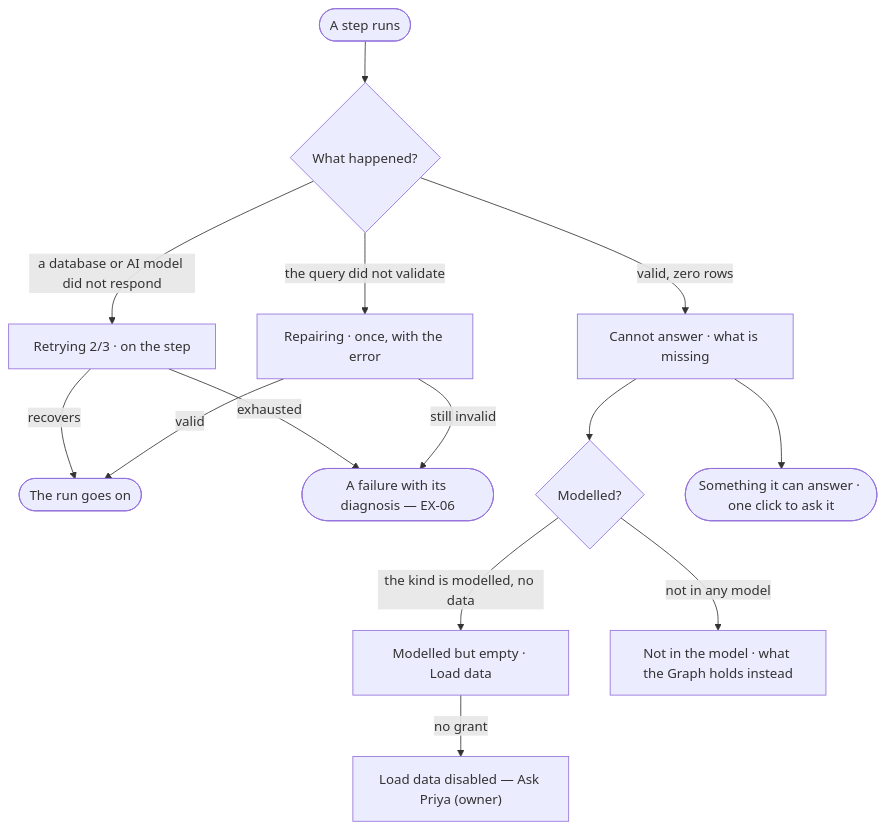
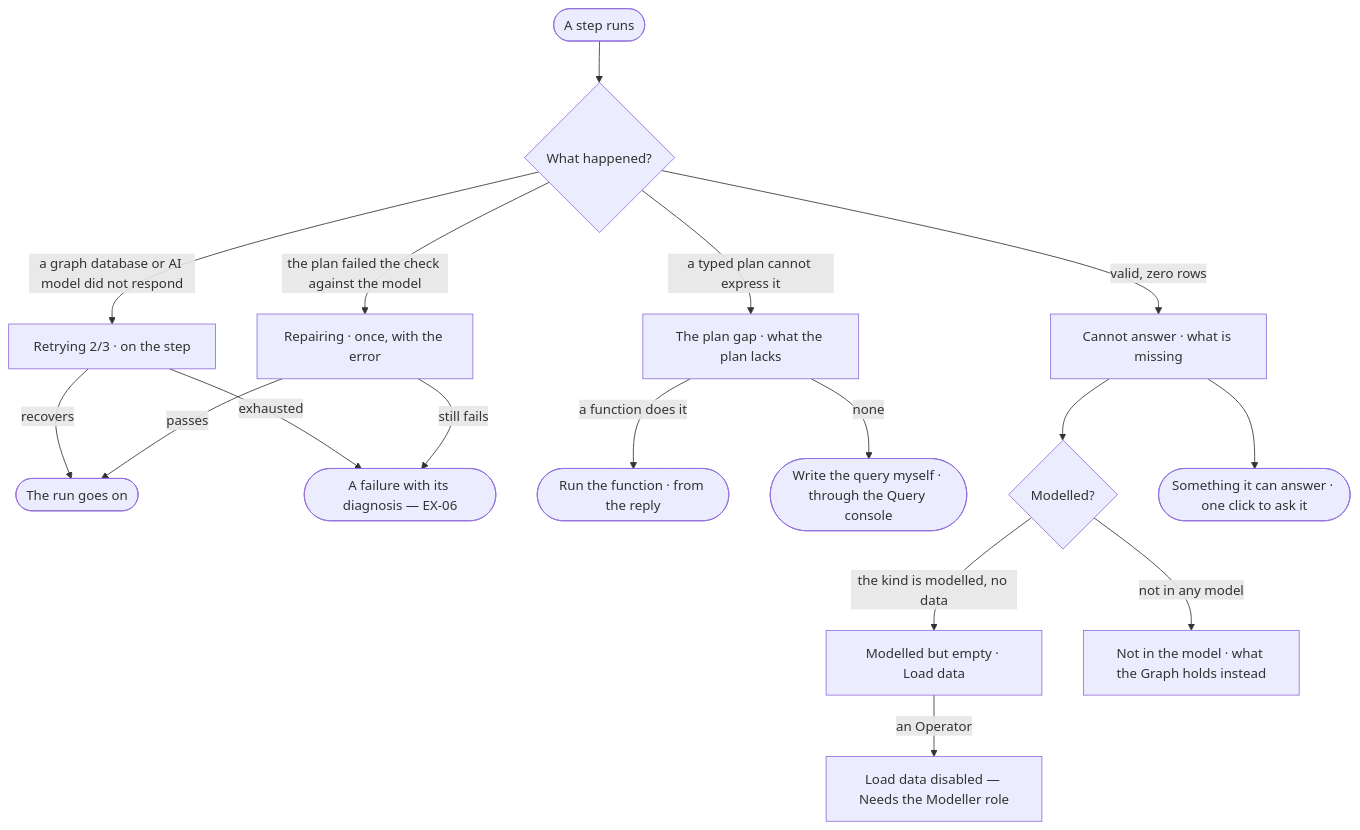
The diagram in specs/capabilities/explore/features/EX-F05-when-it-cannot-answer-and-how-it-reasons/stories/EX-05-be-told-when-the-graph-cannot-answer/story.md (invana/invana), drawn with Mermaid before and after one commit. The commit also changed other lines of this file and 522 other files, not shown here.

````diff
--- a/specs/capabilities/explore/features/EX-F05-when-it-cannot-answer-and-how-it-reasons/stories/EX-05-be-told-when-the-graph-cannot-answer/story.md
+++ b/specs/capabilities/explore/features/EX-F05-when-it-cannot-answer-and-how-it-reasons/stories/EX-05-be-told-when-the-graph-cannot-answer/story.md
@@ -26,16 +27,19 @@
 ```mermaid
 flowchart TD
   a([A step runs]) --> b{What happened?}
-  b -->|a database or AI model did not respond| r["Retrying 2/3 · on the step"]
+  b -->|a graph database or AI model did not respond| r["Retrying 2/3 · on the step"]
   r -->|recovers| ok([The run goes on])
   r -->|exhausted| f(["A failure with its diagnosis — EX-06"])
-  b -->|the query did not validate| rp["Repairing · once, with the error"]
-  rp -->|valid| ok
-  rp -->|still invalid| f
+  b -->|the plan failed the check against the model| rp["Repairing · once, with the error"]
+  rp -->|passes| ok
+  rp -->|still fails| f
+  b -->|a typed plan cannot express it| gap["The plan gap · what the plan lacks"]
+  gap -->|a function does it| fn(["Run the function · from the reply"])
+  gap -->|none| wq(["Write the query myself · through the Query console"])
   b -->|valid, zero rows| ca["Cannot answer · what is missing"]
   ca --> m{Modelled?}
   m -->|the kind is modelled, no data| me["Modelled but empty · Load data"]
   m -->|not in any model| nm["Not in the model · what the Graph holds instead"]
-  me -->|no grant| na["Load data disabled — Ask Priya (owner)"]
+  me -->|an Operator| na["Load data disabled — Needs the Modeller role"]
   ca --> ask(["Something it can answer · one click to ask it"])
 ```
````
